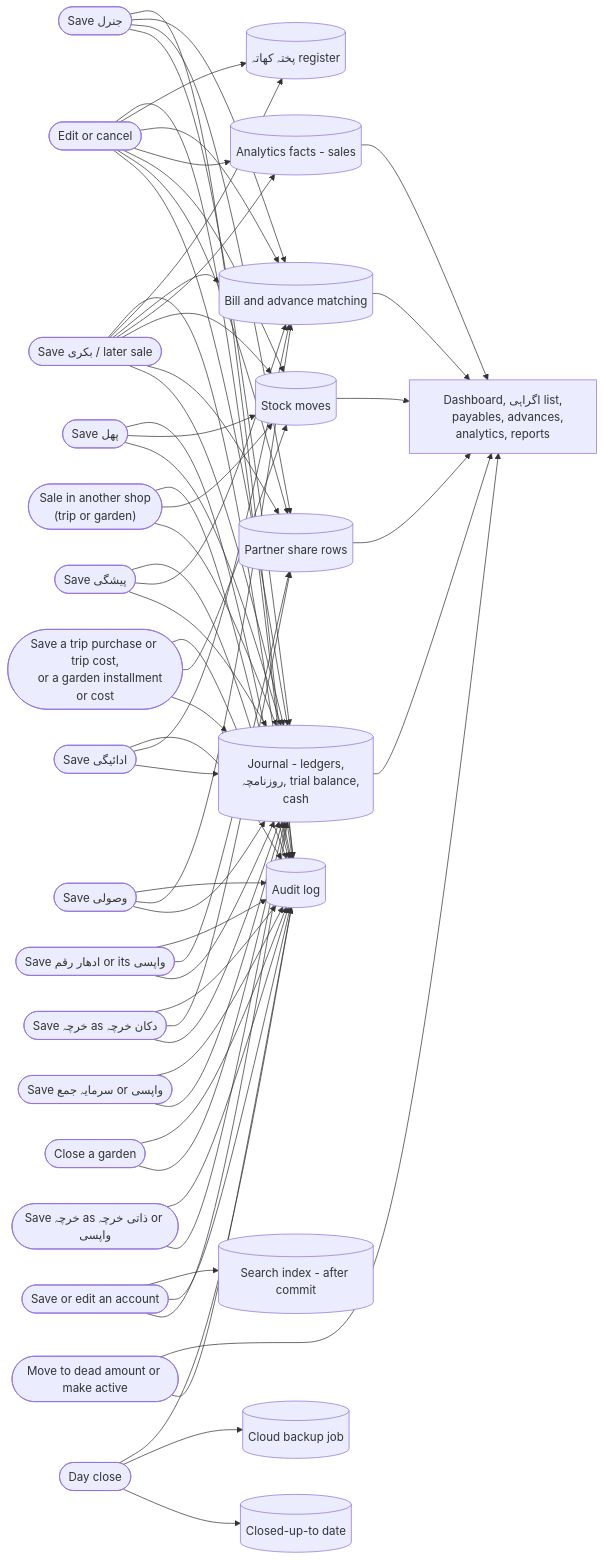
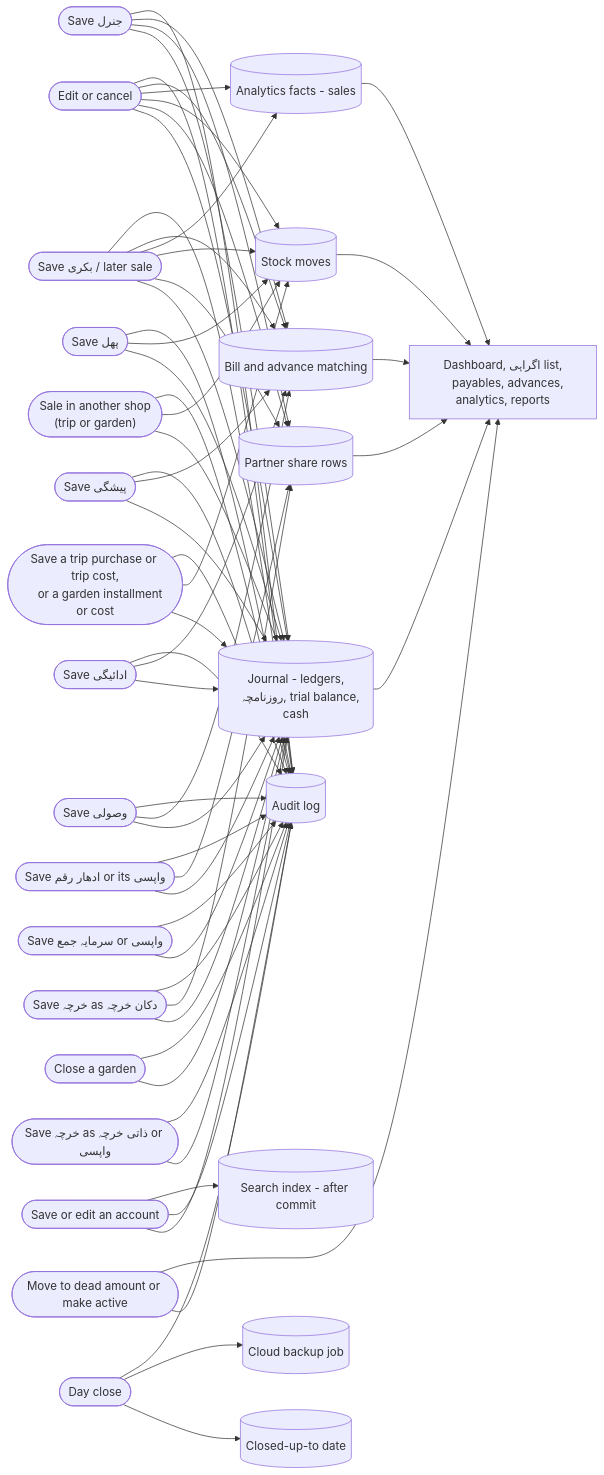
Before and after one commit to FaisalHanif12/Fruits-Mandi-Software: the seventh of 28 diagrams in .claude/rules/Architecture_v1.md, drawn with Mermaid. The commit also changed other lines of this file and 20 other files, not shown here.

````diff
--- a/.claude/rules/Architecture_v1.md
+++ b/.claude/rules/Architecture_v1.md
@@ -272,53 +272,52 @@
 ```mermaid
 flowchart LR
     SAVE_BIKRI(["Save بکری / later sale"])
     EDIT(["Edit or cancel"])
     SAVE_REC(["Save وصولی"])
     SAVE_PAY(["Save ادائیگی"])
     SAVE_ADV(["Save پیشگی"])
     SAVE_SHOP(["Save خرچہ as دکان خرچہ"])
     SAVE_PERS(["Save خرچہ as ذاتی خرچہ or واپسی"])
     SAVE_LENT(["Save ادھار رقم or its واپسی"])
     SAVE_PUR(["Save a trip purchase or trip cost,
     or a garden installment or cost"])
     SAVE_OTHER(["Sale in another shop
     (trip or garden)"])
     SAVE_GCLOSE(["Close a garden"])
     SAVE_FRUIT(["Save پھل"])
     SAVE_CAP(["Save سرمایہ جمع or واپسی"])
     SAVE_GEN(["Save جنرل"])
     DAYC(["Day close"])
 
     JRN[("Journal - ledgers,
     روزنامچہ, trial balance, cash")]
     SPLIT[("Partner share rows")]
     STOCK[("Stock moves")]
     FACTS[("Analytics facts - sales")]
     MATCH[("Bill and advance matching")]
-    PUKHTA[("پختہ کھاتہ register")]
     AUD[("Audit log")]
     DAYS[("Closed-up-to date")]
     BACKUP[("Cloud backup job")]
     DASHV["Dashboard, اگراہی list,
     payables, advances, analytics, reports"]
 
-    SAVE_BIKRI --> JRN & SPLIT & STOCK & FACTS & MATCH & PUKHTA & AUD
-    EDIT --> JRN & SPLIT & STOCK & FACTS & MATCH & PUKHTA & AUD
+    SAVE_BIKRI --> JRN & SPLIT & STOCK & FACTS & MATCH & AUD
+    EDIT --> JRN & SPLIT & STOCK & FACTS & MATCH & AUD
     SAVE_REC --> JRN & MATCH & AUD
     SAVE_PAY --> JRN & MATCH & AUD
     SAVE_ADV --> JRN & MATCH & AUD
     SAVE_SHOP --> JRN & SPLIT & AUD
     SAVE_PERS --> JRN & AUD
     SAVE_LENT --> JRN & SPLIT & AUD
     SAVE_PUR --> JRN & STOCK & AUD
     SAVE_OTHER --> JRN & STOCK & AUD
     SAVE_GCLOSE --> JRN & AUD
     SAVE_FRUIT --> JRN & STOCK & AUD
     SAVE_CAP --> JRN & AUD
     SAVE_GEN --> JRN & SPLIT & MATCH & AUD
     SAVE_ACC(["Save or edit an account"]) --> JRN & AUD & SIDX[("Search index - after commit")]
     SAVE_DEAD(["Move to dead amount or make active"]) --> AUD & DASHV
     DAYC --> DAYS & BACKUP & AUD
 
     JRN & SPLIT & STOCK & FACTS & MATCH --> DASHV
 ```
````
